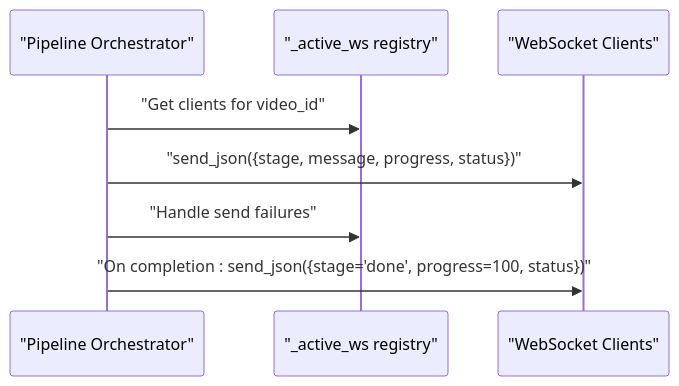
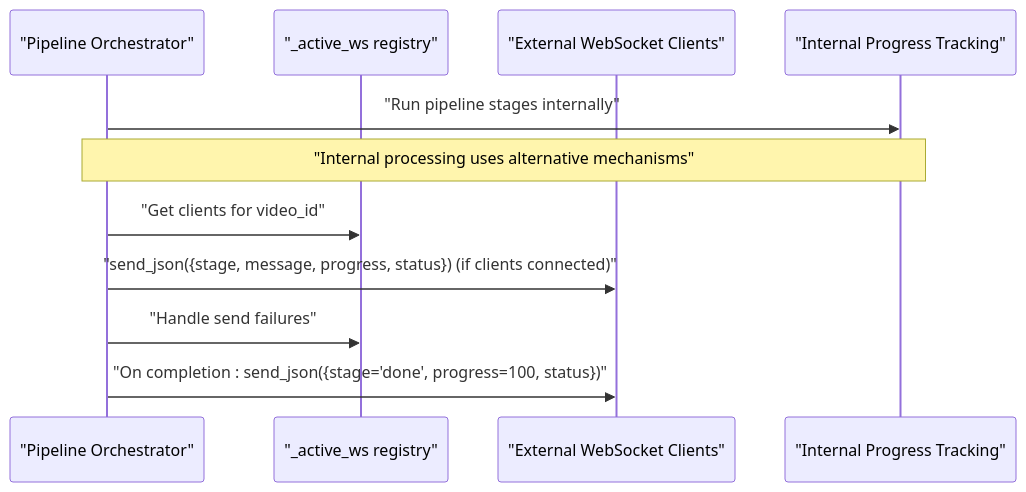
One commit to alexandreybasta-cyber/dubai-media-ai changed the fourth of 6 diagrams in .qoder/repowiki/en/content/Backend API Reference/WebSocket API.md. Above: the diagram before and after it, drawn with Mermaid. The commit also changed other lines of this file and 19 other files, not shown here.

````diff
--- a/.qoder/repowiki/en/content/Backend API Reference/WebSocket API.md
+++ b/.qoder/repowiki/en/content/Backend API Reference/WebSocket API.md
@@ -171,10 +185,13 @@
 ```mermaid
 sequenceDiagram
 participant Orchestrator as "Pipeline Orchestrator"
 participant Registry as "_active_ws registry"
-participant WS as "WebSocket Clients"
+participant WS as "External WebSocket Clients"
+participant Internal as "Internal Progress Tracking"
+Orchestrator->>Internal : "Run pipeline stages internally"
+Note over Orchestrator,Internal : "Internal processing uses alternative mechanisms"
 Orchestrator->>Registry : "Get clients for video_id"
-Orchestrator->>WS : "send_json({stage, message, progress, status})"
+Orchestrator->>WS : "send_json({stage, message, progress, status}) (if clients connected)"
 Orchestrator->>Registry : "Handle send failures"
 Orchestrator->>WS : "On completion : send_json({stage='done', progress=100, status})"
 ```
````
